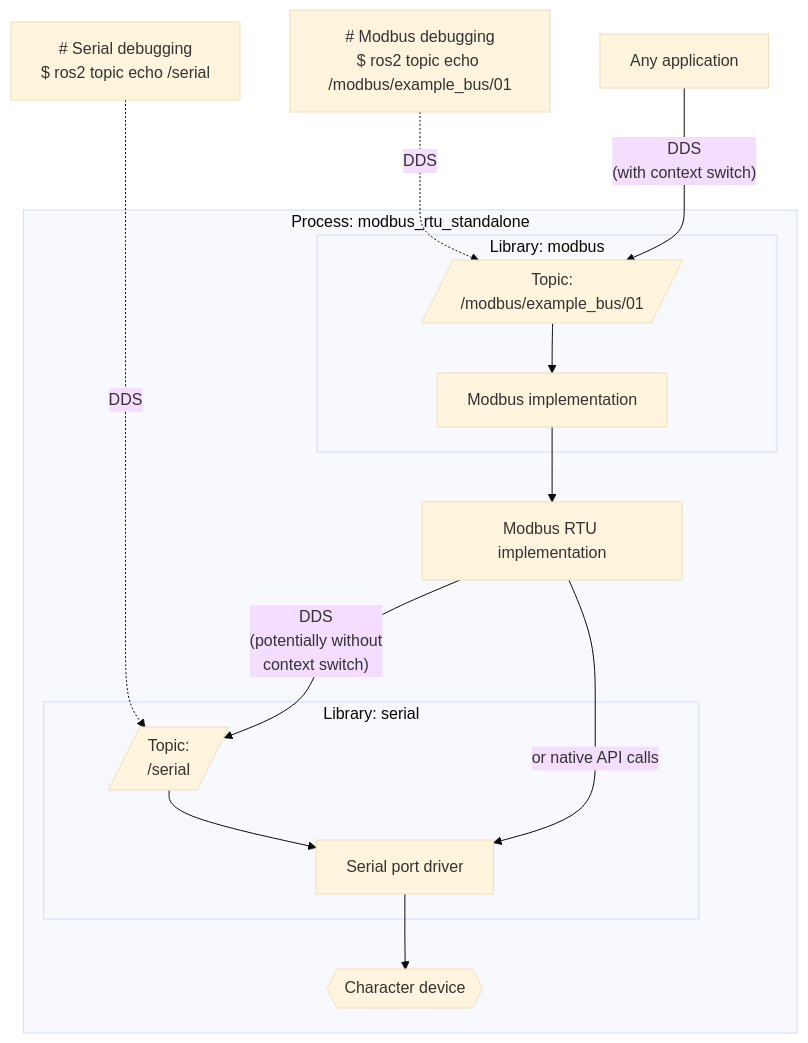
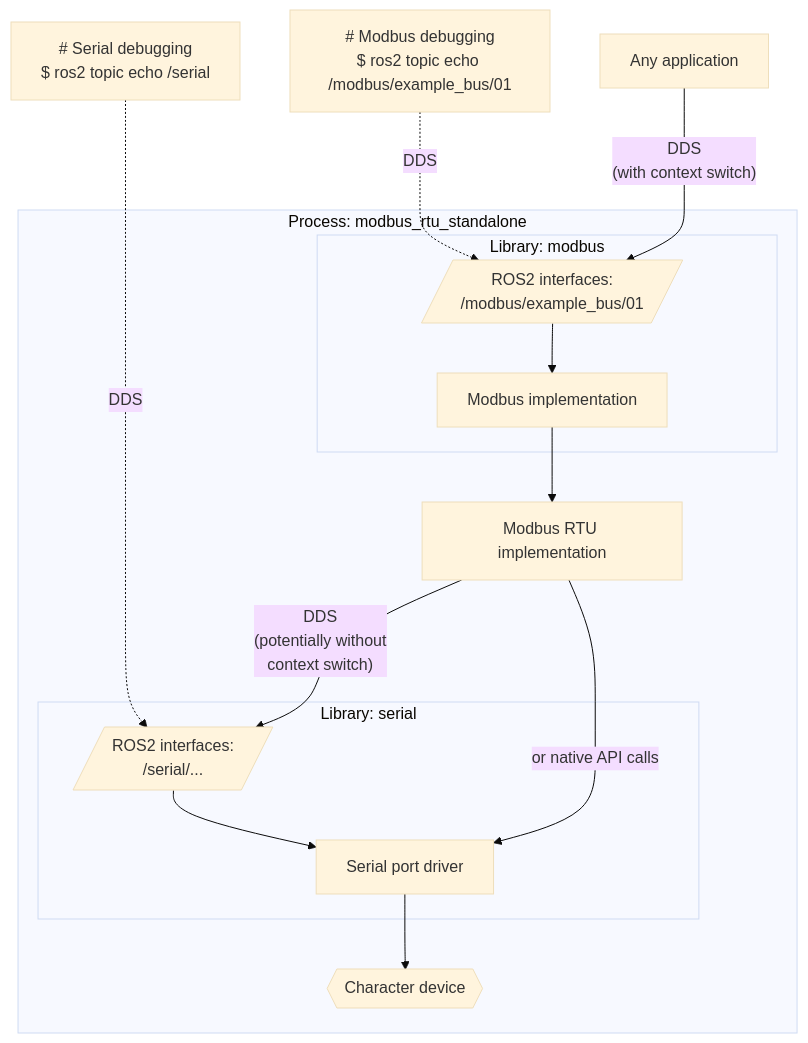
One commit to openvmp/modbus_rtu changed the first of 2 diagrams in README.md. Above: the diagram before and after it, drawn with Mermaid (base theme). The commit also changed other lines of this file, not shown here.

````diff
--- a/README.md
+++ b/README.md
@@ -25,18 +25,18 @@
 ```mermaid
 flowchart TB
     cli["# Modbus debugging\n$ ros2 topic echo /modbus/example_bus/01"] -. "DDS" .-> topic_modbus
     app["Any application"] -- "DDS\n(with context switch)" --> topic_modbus
-    cli_serial["# Serial debugging\n$ ros2 topic echo /serial"] -. "DDS" ....-> topic_serial[/Topic:\n/serial/]
+    cli_serial["# Serial debugging\n$ ros2 topic echo /serial"] -. "DDS" ....-> topic_serial[/ROS2 interfaces:\n/serial/.../]
     subgraph modbus_exe["Process: modbus_rtu_standalone"]
       subgraph modbus["Library: modbus"]
-        topic_modbus[/Topic:\n/modbus/example_bus/01/] --> driver_modbus["Modbus implementation"]
+        topic_modbus[/ROS2 interfaces:\n/modbus/example_bus/01/] --> driver_modbus["Modbus implementation"]
       end
       subgraph serial["Library: serial"]
         topic_serial --> driver["Serial port driver"]
       end
       driver_modbus --> rtu["Modbus RTU implementation"]
       rtu -- "DDS\n(potentially without\ncontext switch)" --> topic_serial
       rtu -- "or native API calls" --> driver
       driver --> file{{"Character device"}}
     end
 ```
````
